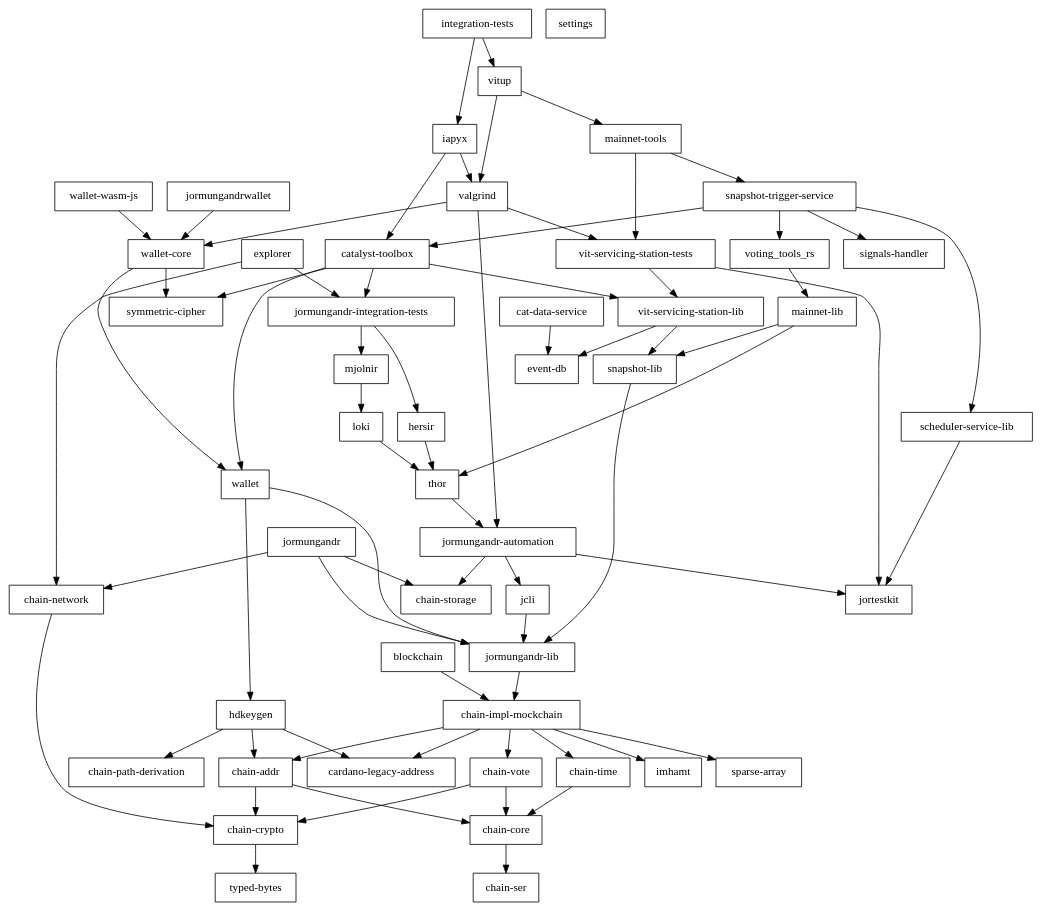
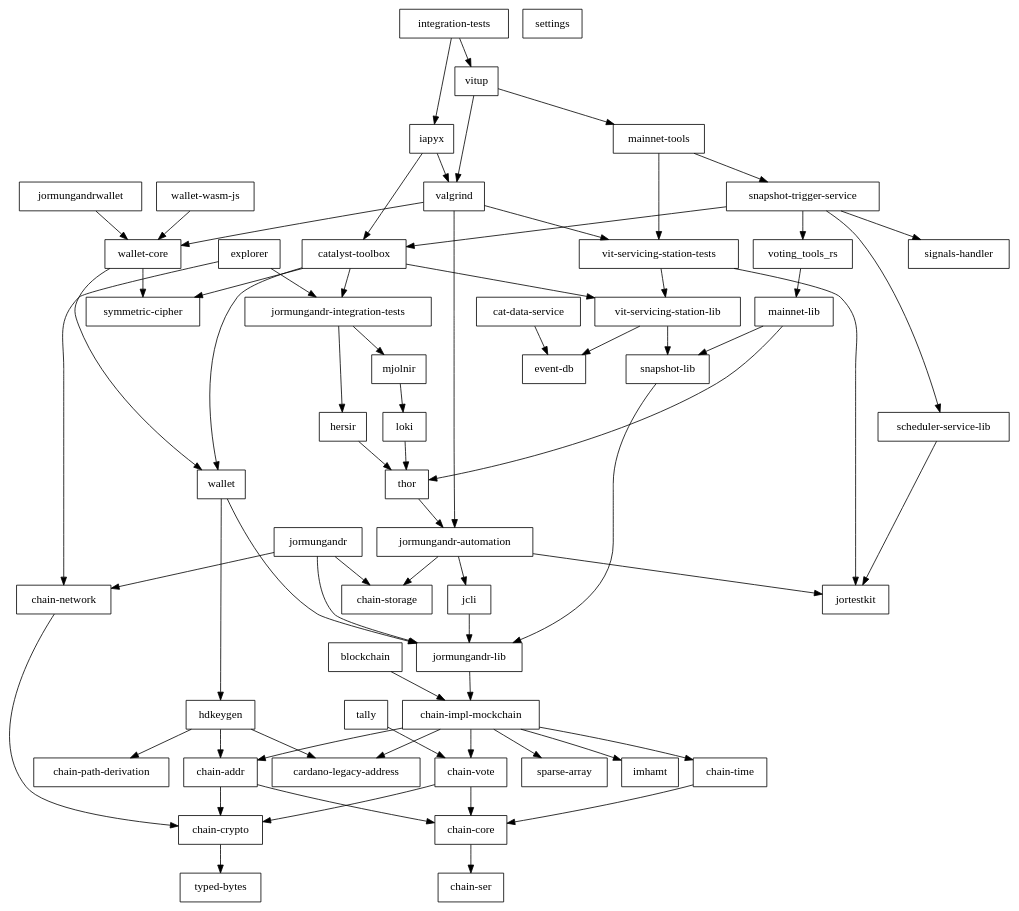
The diagram in refactor/event-db/06_rust_api/rust/doc/workspace.depgraph.dot (input-output-hk/catalyst-core), drawn with Graphviz before and after one commit. The commit also changed 1126 other files, not shown here.

```diff
--- a/refactor/event-db/06_rust_api/rust/doc/workspace.depgraph.dot
+++ b/refactor/event-db/06_rust_api/rust/doc/workspace.depgraph.dot
@@ -1,120 +1,122 @@
 digraph {
     0 [ label = "catalyst-toolbox" shape = box]
     1 [ label = "chain-addr" shape = box]
     2 [ label = "chain-core" shape = box]
     3 [ label = "chain-ser" shape = box]
     4 [ label = "chain-crypto" shape = box]
     5 [ label = "typed-bytes" shape = box]
     6 [ label = "chain-impl-mockchain" shape = box]
     7 [ label = "cardano-legacy-address" shape = box]
     8 [ label = "chain-time" shape = box]
     9 [ label = "chain-vote" shape = box]
     10 [ label = "imhamt" shape = box]
     11 [ label = "sparse-array" shape = box]
     12 [ label = "chain-storage" shape = box]
     13 [ label = "jcli" shape = box]
     14 [ label = "jormungandr-lib" shape = box]
     15 [ label = "jormungandr-automation" shape = box]
     16 [ label = "jortestkit" shape = box]
     17 [ label = "jormungandr-integration-tests" shape = box]
     18 [ label = "hersir" shape = box]
     19 [ label = "thor" shape = box]
     20 [ label = "loki" shape = box]
     21 [ label = "mjolnir" shape = box]
     22 [ label = "snapshot-lib" shape = box]
     23 [ label = "symmetric-cipher" shape = box]
     24 [ label = "vit-servicing-station-lib" shape = box]
     25 [ label = "event-db" shape = box]
     26 [ label = "vit-servicing-station-tests" shape = box]
     27 [ label = "wallet" shape = box]
     28 [ label = "chain-path-derivation" shape = box]
     29 [ label = "hdkeygen" shape = box]
     30 [ label = "chain-network" shape = box]
     31 [ label = "jormungandrwallet" shape = box]
     32 [ label = "wallet-core" shape = box]
     33 [ label = "wallet-wasm-js" shape = box]
     34 [ label = "jormungandr" shape = box]
     35 [ label = "explorer" shape = box]
     36 [ label = "settings" shape = box]
     37 [ label = "blockchain" shape = box]
     38 [ label = "iapyx" shape = box]
     39 [ label = "valgrind" shape = box]
     40 [ label = "vitup" shape = box]
     41 [ label = "mainnet-lib" shape = box]
     42 [ label = "mainnet-tools" shape = box]
     43 [ label = "scheduler-service-lib" shape = box]
     44 [ label = "signals-handler" shape = box]
     45 [ label = "snapshot-trigger-service" shape = box]
     46 [ label = "voting_tools_rs" shape = box]
     47 [ label = "integration-tests" shape = box]
     48 [ label = "cat-data-service" shape = box]
+    49 [ label = "tally" shape = box]
     0 -> 17 [ ]
     0 -> 23 [ ]
     0 -> 24 [ ]
     0 -> 27 [ ]
     1 -> 2 [ ]
     1 -> 4 [ ]
     2 -> 3 [ ]
     4 -> 5 [ ]
     6 -> 7 [ ]
     6 -> 1 [ ]
     6 -> 8 [ ]
     6 -> 9 [ ]
     6 -> 10 [ ]
     6 -> 11 [ ]
     8 -> 2 [ ]
     9 -> 2 [ ]
     9 -> 4 [ ]
     13 -> 14 [ ]
     14 -> 6 [ ]
     15 -> 12 [ ]
     15 -> 13 [ ]
     15 -> 16 [ ]
     17 -> 18 [ ]
     17 -> 21 [ ]
     18 -> 19 [ ]
     19 -> 15 [ ]
     20 -> 19 [ ]
     21 -> 20 [ ]
     22 -> 14 [ ]
     24 -> 25 [ ]
     24 -> 22 [ ]
     26 -> 16 [ ]
     26 -> 24 [ ]
     27 -> 29 [ ]
     27 -> 14 [ ]
     29 -> 7 [ ]
     29 -> 1 [ ]
     29 -> 28 [ ]
     30 -> 4 [ ]
     31 -> 32 [ ]
     32 -> 23 [ ]
     32 -> 27 [ ]
     33 -> 32 [ ]
     34 -> 30 [ ]
     34 -> 12 [ ]
     34 -> 14 [ ]
     35 -> 30 [ ]
     35 -> 17 [ ]
     37 -> 6 [ ]
     38 -> 0 [ ]
     38 -> 39 [ ]
     39 -> 15 [ ]
     39 -> 26 [ ]
     39 -> 32 [ ]
     40 -> 42 [ ]
     40 -> 39 [ ]
     41 -> 22 [ ]
     41 -> 19 [ ]
     42 -> 45 [ ]
     42 -> 26 [ ]
     43 -> 16 [ ]
     45 -> 0 [ ]
     45 -> 43 [ ]
     45 -> 44 [ ]
     45 -> 46 [ ]
     46 -> 41 [ ]
     47 -> 38 [ ]
     47 -> 40 [ ]
     48 -> 25 [ ]
+    49 -> 9 [ ]
 }
```
